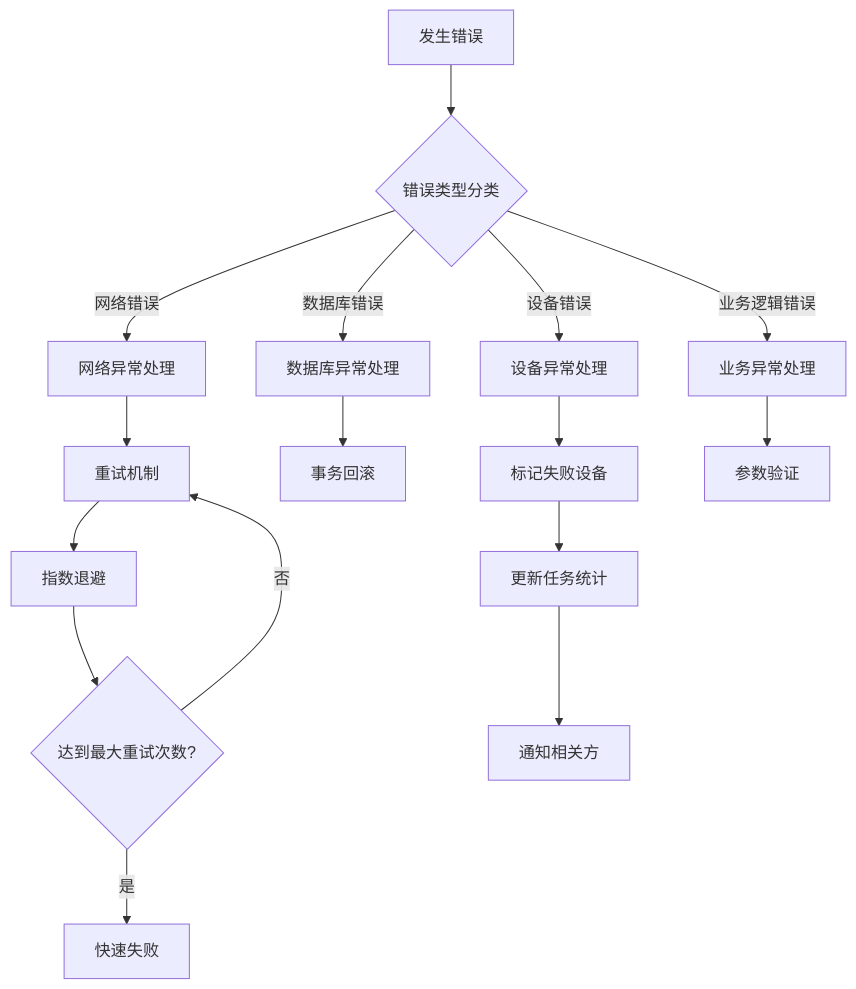
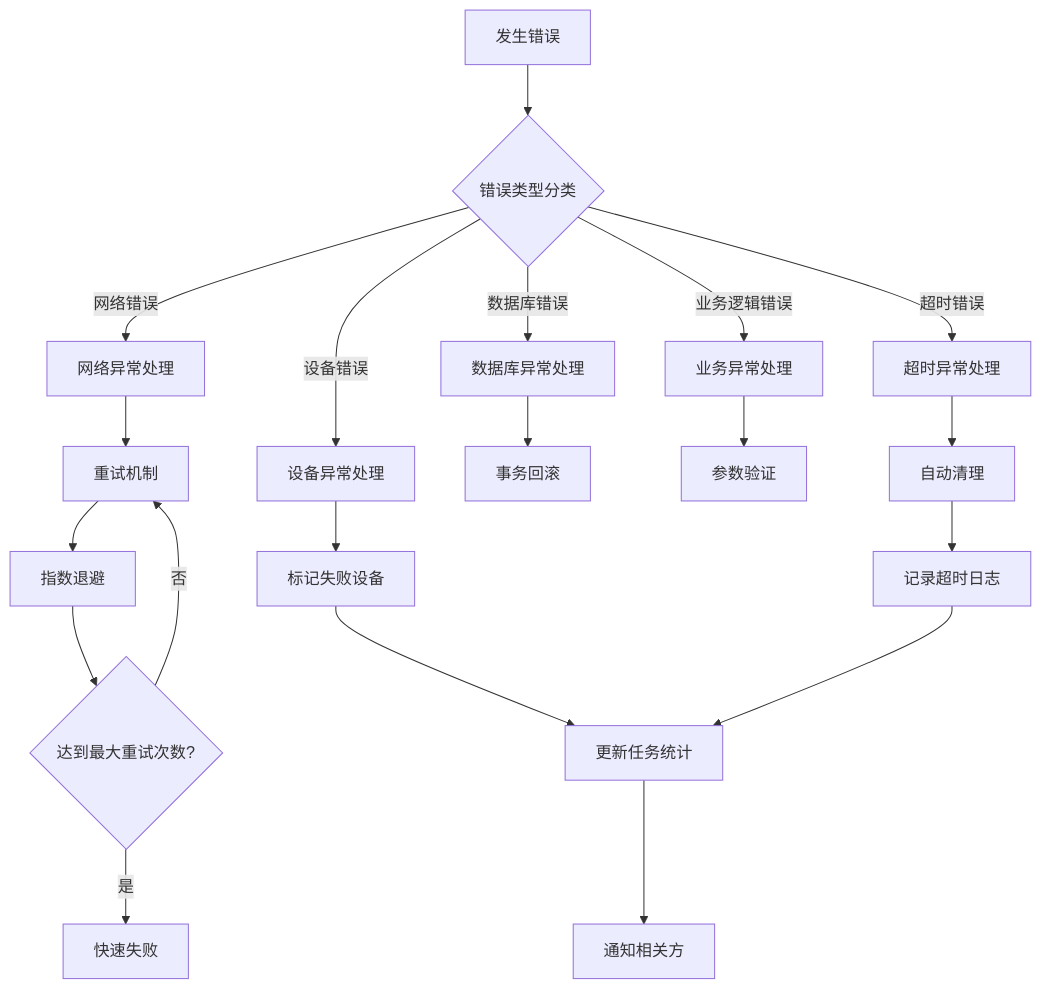
One commit to mcmrzy/cs_inv_monitor-develop changed diagram 21 of 22 in .qoder/repowiki/zh/content/OTA升级系统/OTA任务调度/OTA任务调度.md. Above: the diagram before and after it, drawn with Mermaid. The commit also changed other lines of this file and 28 other files, not shown here.

````diff
--- a/.qoder/repowiki/zh/content/OTA升级系统/OTA任务调度/OTA任务调度.md
+++ b/.qoder/repowiki/zh/content/OTA升级系统/OTA任务调度/OTA任务调度.md
@@ -824,18 +956,22 @@
 ```mermaid
 flowchart TD
 ERROR[发生错误] --> ERROR_TYPE{错误类型分类}
 ERROR_TYPE --> |网络错误| NETWORK_ERROR[网络异常处理]
 ERROR_TYPE --> |数据库错误| DB_ERROR[数据库异常处理]
 ERROR_TYPE --> |设备错误| DEVICE_ERROR[设备异常处理]
 ERROR_TYPE --> |业务逻辑错误| BUSINESS_ERROR[业务异常处理]
+ERROR_TYPE --> |超时错误| TIMEOUT_ERROR[超时异常处理]
 NETWORK_ERROR --> RETRY[重试机制]
 DB_ERROR --> ROLLBACK[事务回滚]
 DEVICE_ERROR --> MARK_FAILED[标记失败设备]
 BUSINESS_ERROR --> VALIDATION[参数验证]
+TIMEOUT_ERROR --> AUTO_CLEANUP[自动清理]
 RETRY --> BACKOFF[指数退避]
 BACKOFF --> MAX_RETRY{达到最大重试次数?}
 MAX_RETRY --> |是| FAIL_FAST[快速失败]
 MAX_RETRY --> |否| RETRY
 MARK_FAILED --> UPDATE_TASK_STATS[更新任务统计]
 UPDATE_TASK_STATS --> NOTIFY[通知相关方]
+AUTO_CLEANUP --> LOG_TIMEOUT[记录超时日志]
+LOG_TIMEOUT --> UPDATE_TASK_STATS
 ```
````
